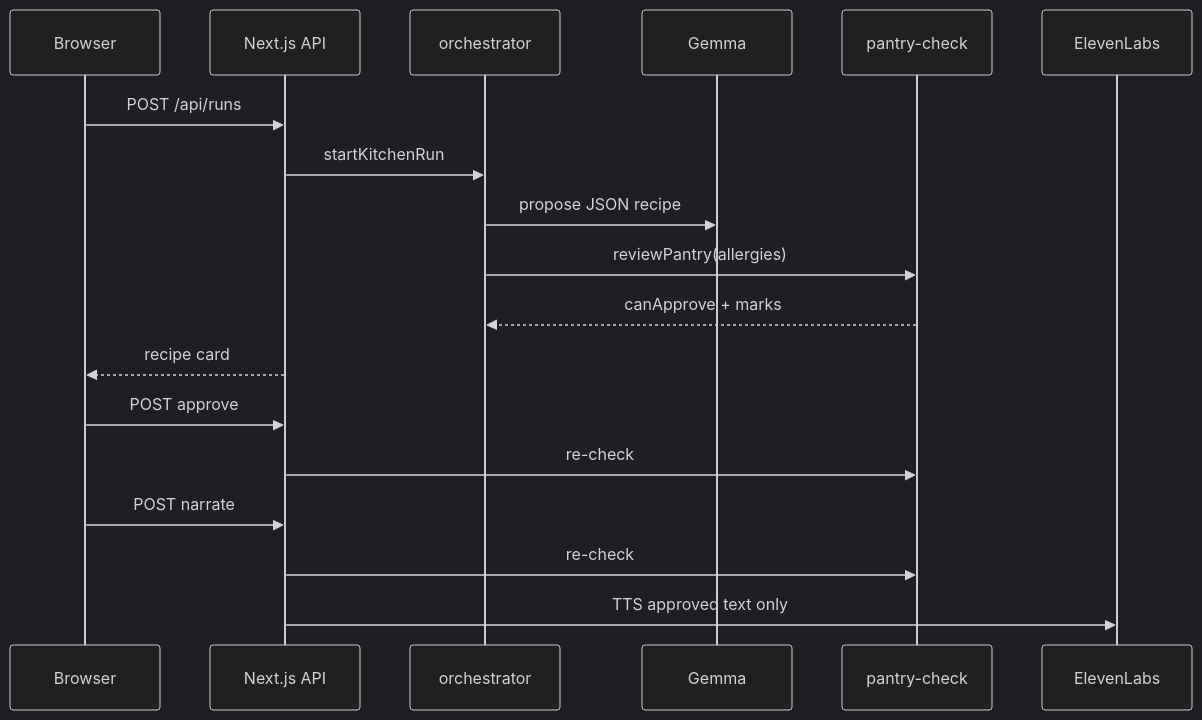
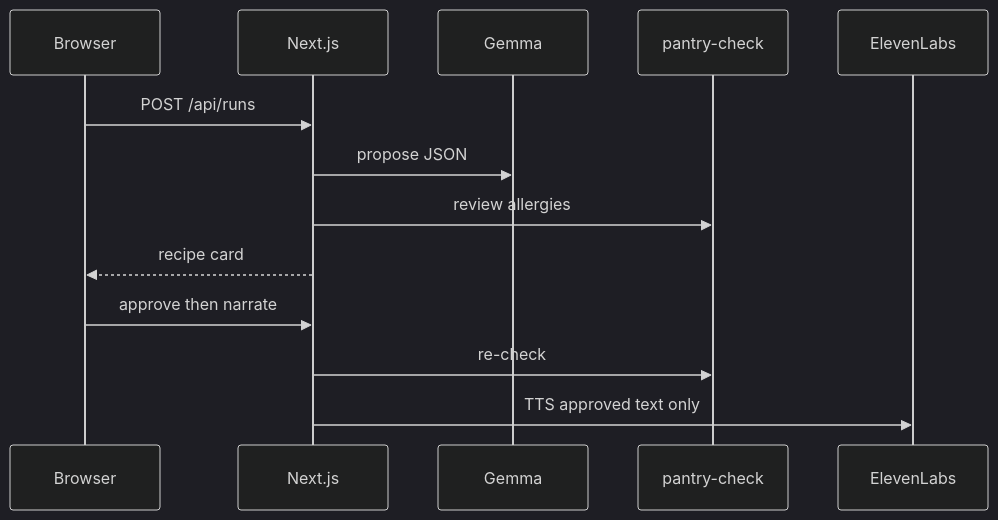
The diagram in SUBMISSION.md (smriad/house-pot), drawn with Mermaid (dark theme) before and after one commit. The commit also changed other lines of this file, not shown here.

First line of the commit message:
Sync SUBMISSION.md with condensed DEV post (~3 min read).

````diff
--- a/SUBMISSION.md
+++ b/SUBMISSION.md
@@ -53,22 +43,15 @@
 ```mermaid
 sequenceDiagram
   participant U as Browser
-  participant API as Next.js API
-  participant O as orchestrator
+  participant API as Next.js
   participant G as Gemma
   participant P as pantry-check
   participant E as ElevenLabs
-
   U->>API: POST /api/runs
-  API->>O: startKitchenRun
-  O->>G: propose JSON recipe
-  O->>P: reviewPantry(allergies)
-  P-->>O: canApprove + marks
+  API->>G: propose JSON
+  API->>P: review allergies
   API-->>U: recipe card
-
-  U->>API: POST approve
-  API->>P: re-check
-  U->>API: POST narrate
+  U->>API: approve then narrate
   API->>P: re-check
   API->>E: TTS approved text only
 ```
````
